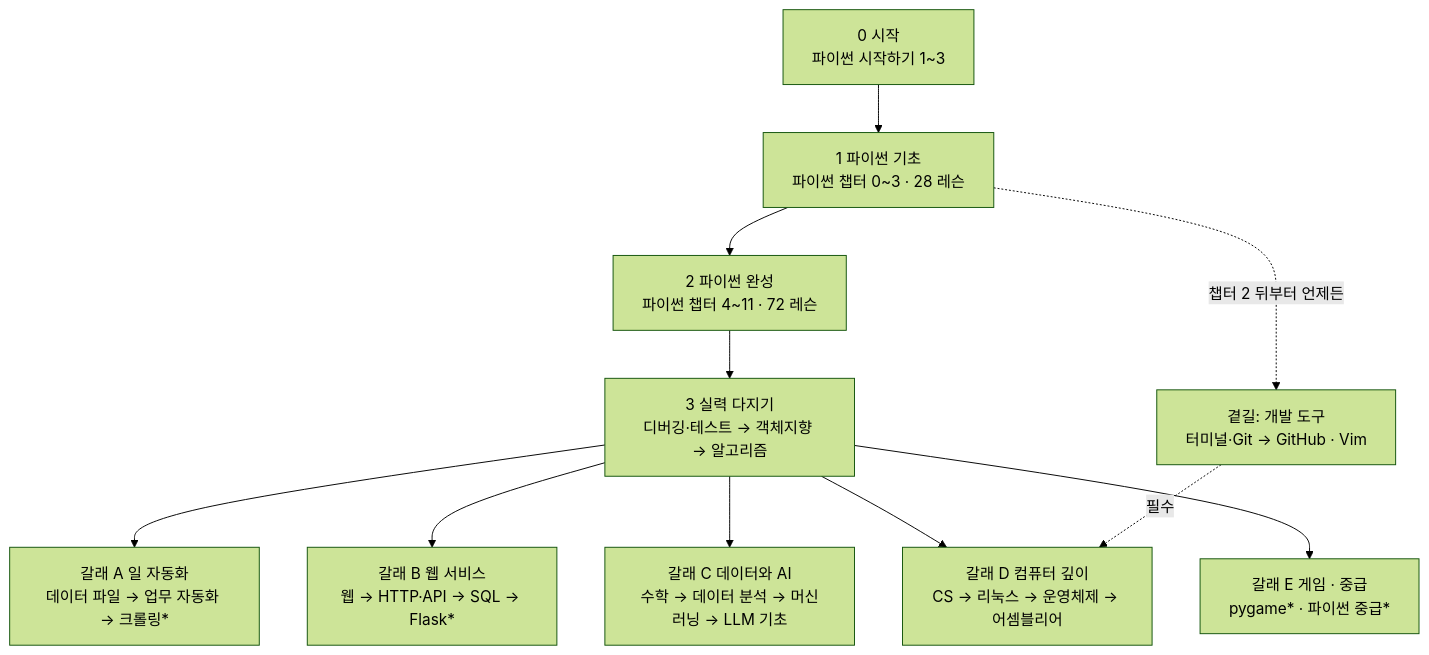
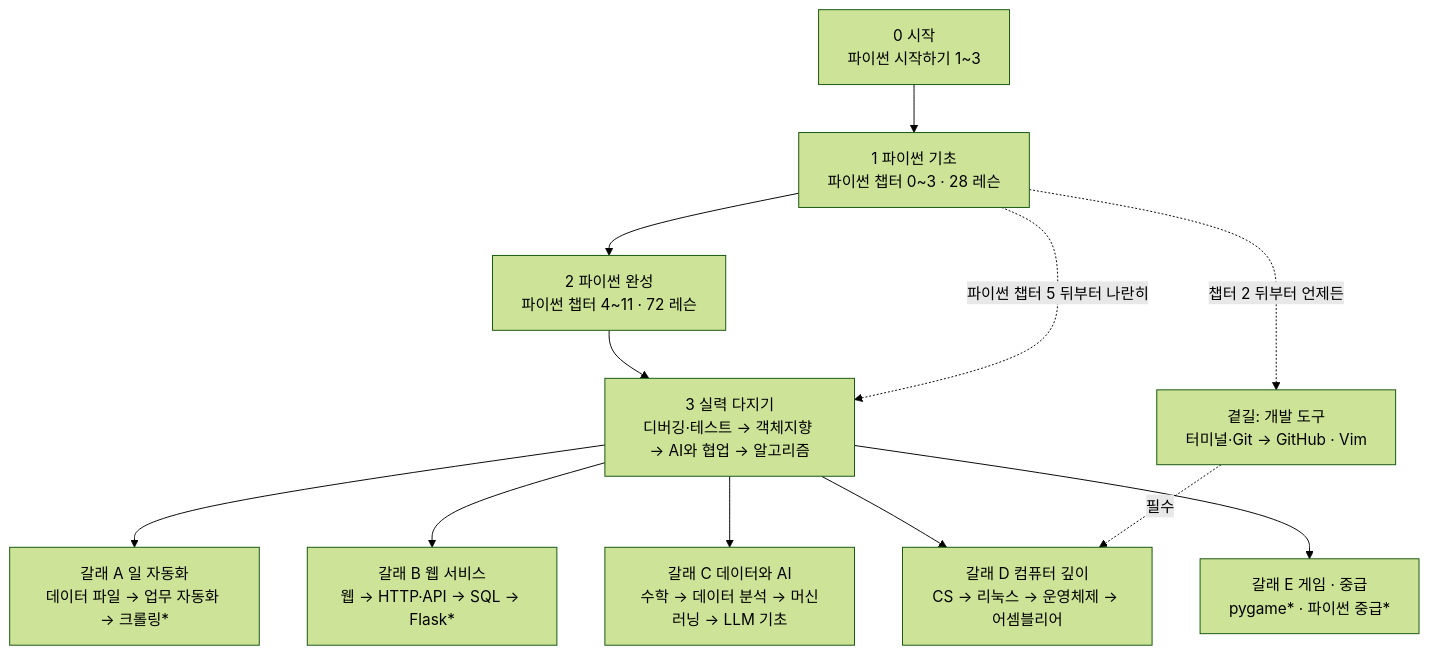
One commit to jihoon380462/python-academy changed the diagram in specs/roadmap.md. Above: the diagram before and after it, drawn with Mermaid (forest theme). The commit also changed other lines of this file and 36 other files, not shown here.

First line of the commit message:
v2.43.0: 파이썬 교과서 검토 반영 · AI와 협업을 실력 키우기로 (#171)

````diff
--- a/specs/roadmap.md
+++ b/specs/roadmap.md
@@ -58,13 +58,14 @@
 ```mermaid
 flowchart TD
   S["0 시작<br/>파이썬 시작하기 1~3"] --> P1["1 파이썬 기초<br/>파이썬 챕터 0~3 · 28 레슨"]
   P1 --> P2["2 파이썬 완성<br/>파이썬 챕터 4~11 · 72 레슨"]
-  P2 --> K["3 실력 다지기<br/>디버깅·테스트 → 객체지향 → 알고리즘"]
+  P2 --> K["3 실력 다지기<br/>디버깅·테스트 → 객체지향 → AI와 협업 → 알고리즘"]
+  P1 -. 파이썬 챕터 5 뒤부터 나란히 .-> K
   K --> A["갈래 A 일 자동화<br/>데이터 파일 → 업무 자동화 → 크롤링*"]
   K --> B["갈래 B 웹 서비스<br/>웹 → HTTP·API → SQL → Flask*"]
   K --> C["갈래 C 데이터와 AI<br/>수학 → 데이터 분석 → 머신러닝 → LLM 기초"]
   K --> D["갈래 D 컴퓨터 깊이<br/>CS → 리눅스 → 운영체제 → 어셈블리어"]
   K --> E["갈래 E 게임 · 중급<br/>pygame* · 파이썬 중급*"]
   P1 -. 챕터 2 뒤부터 언제든 .-> T["곁길: 개발 도구<br/>터미널·Git → GitHub · Vim"]
   T -. 필수 .-> D
 ```
````
